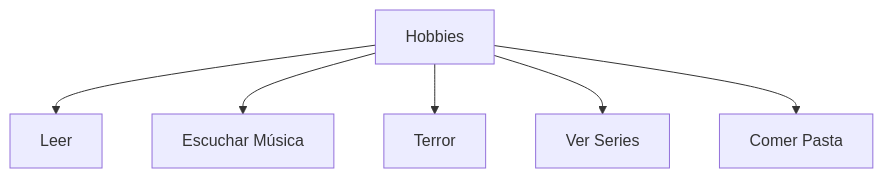
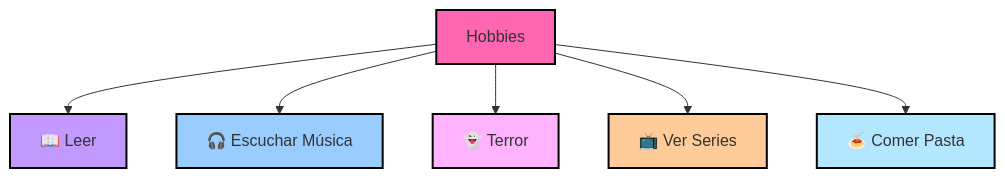
Before and after one commit to kmcotame26/kmcotame26: the diagram in README.md, drawn with Mermaid.

````diff
--- a/README.md
+++ b/README.md
@@ -19,8 +19,14 @@
 ```mermaid
 graph TD;
-  A[Hobbies] --> B[Leer];
-  A --> C[Escuchar Música];
-  A --> D[Terror];
-  A --> E[Ver Series];
-  A --> F[Comer Pasta];
+  A[Hobbies] --> B[📖 Leer];
+  A --> C[🎧 Escuchar Música];
+  A --> D[👻 Terror];
+  A --> E[📺 Ver Series];
+  A --> F[🍝 Comer Pasta];
+  style A fill:#ff66b2,stroke:#000,stroke-width:2px;
+  style B fill:#c299ff,stroke:#000,stroke-width:2px;
+  style C fill:#99ccff,stroke:#000,stroke-width:2px;
+  style D fill:#ffb3ff,stroke:#000,stroke-width:2px;
+  style E fill:#ffcc99,stroke:#000,stroke-width:2px;
+  style F fill:#b3e6ff,stroke:#000,stroke-width:2px;
 ```
````
